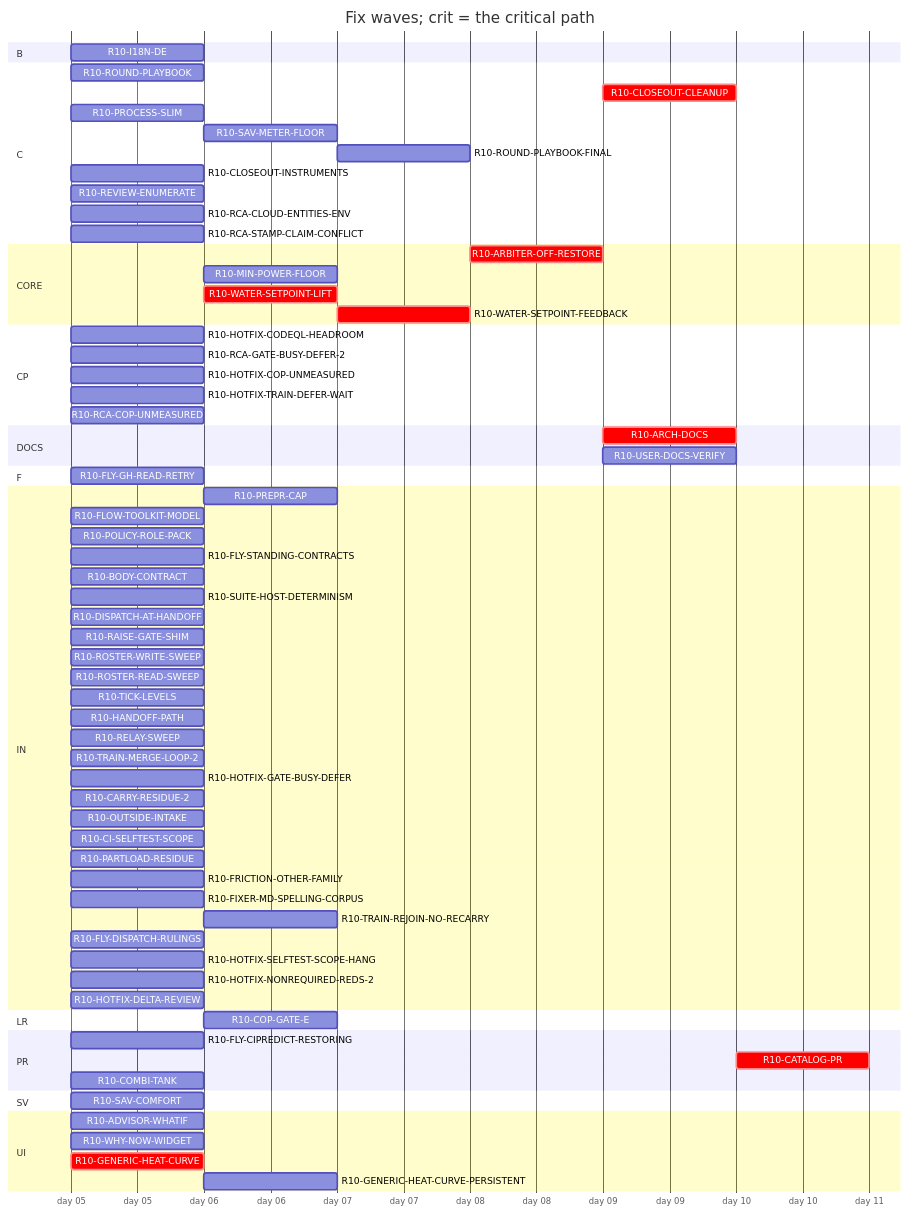
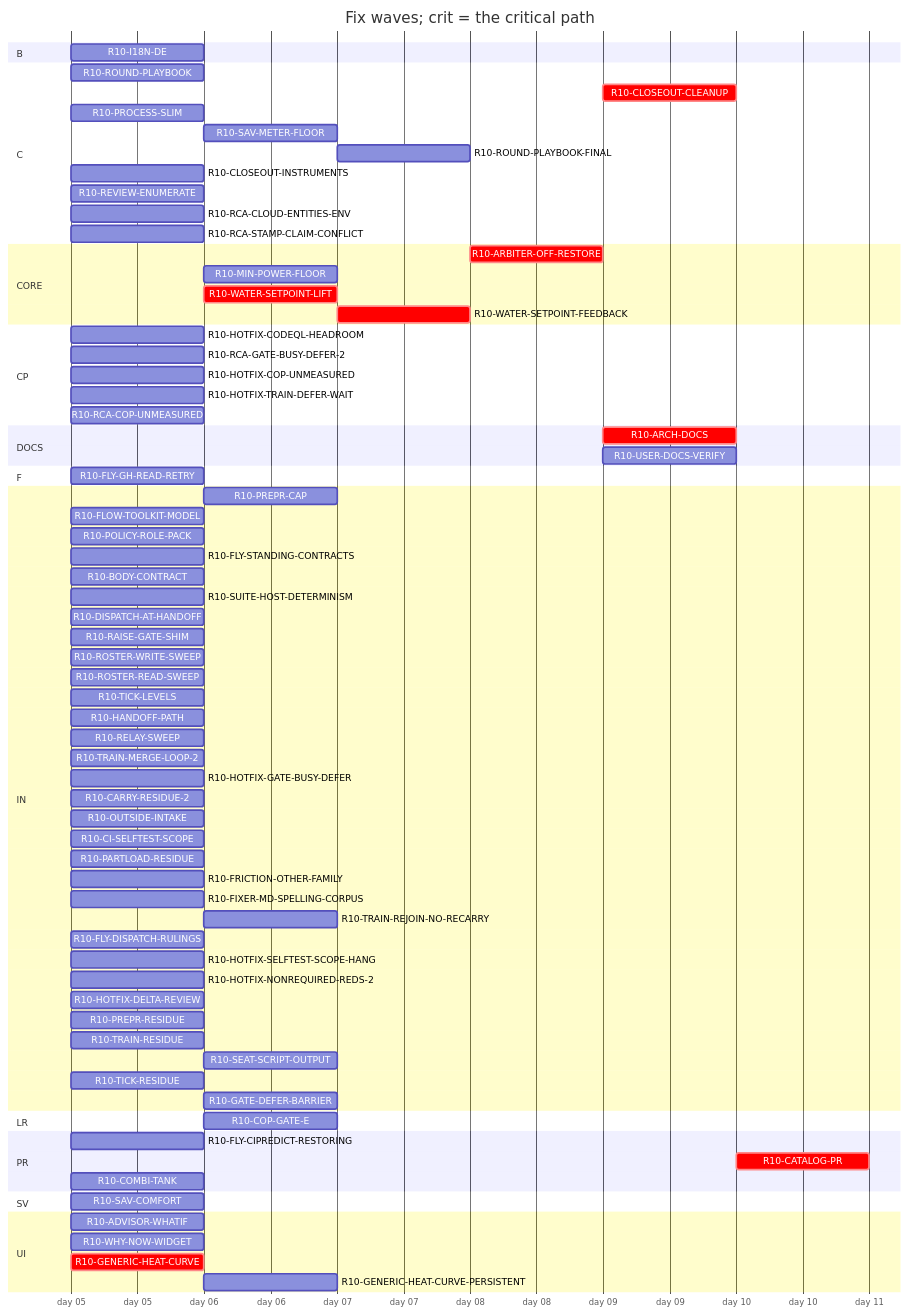
The diagram in handoff/round10/state/PLAN-TABLE.md (tvofi/heatpump_optimizer), drawn with Mermaid before and after one commit. The commit also changed other lines of this file and 3 other files, not shown here.

Commit message:
state: FLOW-BOARD.md, NEXT-SESSION-PROMPT.md, PLAN-TABLE.md, RESUME-CURRENT.md regenerated (state_docs.py)

````diff
--- a/handoff/round10/state/PLAN-TABLE.md
+++ b/handoff/round10/state/PLAN-TABLE.md
@@ -24,74 +24,79 @@
 ```mermaid
 gantt
   title Fix waves; crit = the critical path
   dateFormat YYYY-MM-DD
   axisFormat day %d
   section B
     R10-I18N-DE :r10I18NDE, 2026-01-05, 1d
   section C
     R10-ROUND-PLAYBOOK :r10ROUNDPLAYBOOK, 2026-01-05, 1d
     R10-CLOSEOUT-CLEANUP :crit, r10CLOSEOUTCLEANUP, after r10ARCHDOCS r10USERDOCSVERIFY r10ROUNDPLAYBOOKFINAL r10CLOSEOUTINSTRUMENTS r10RCAGATEBUSYDEFER2 r10RCACOPUNMEASURED r10FRICTIONOTHERFAMILY, 1d
     R10-PROCESS-SLIM :r10PROCESSSLIM, 2026-01-05, 1d
     R10-SAV-METER-FLOOR :r10SAVMETERFLOOR, after r10SAVCOMFORT, 1d
     R10-ROUND-PLAYBOOK-FINAL :r10ROUNDPLAYBOOKFINAL, after r10PREPRCAP r10HANDOFFPATH r10RELAYSWEEP r10DISPATCHATHANDOFF r10BODYCONTRACT r10TICKLEVELS r10ROSTERWRITESWEEP r10ROSTERREADSWEEP r10FLYSTANDINGCONTRACTS r10POLICYROLEPACK r10FLOWTOOLKITMODEL r10FLYCIPREDICTRESTORING r10RAISEGATESHIM r10FLYGHREADRETRY r10SUITEHOSTDETERMINISM r10ROUNDPLAYBOOK r10PROCESSSLIM r10TRAINMERGELOOP2 r10CARRYRESIDUE2 r10HOTFIXCODEQLHEADROOM r10OUTSIDEINTAKE r10HOTFIXTRAINDEFERWAIT r10CISELFTESTSCOPE r10CLOSEOUTINSTRUMENTS r10FRICTIONOTHERFAMILY r10FIXERMDSPELLINGCORPUS, 1d
     R10-CLOSEOUT-INSTRUMENTS :r10CLOSEOUTINSTRUMENTS, 2026-01-05, 1d
     R10-REVIEW-ENUMERATE :r10REVIEWENUMERATE, 2026-01-05, 1d
     R10-RCA-CLOUD-ENTITIES-ENV :r10RCACLOUDENTITIESENV, 2026-01-05, 1d
     R10-RCA-STAMP-CLAIM-CONFLICT :r10RCASTAMPCLAIMCONFLICT, 2026-01-05, 1d
   section CORE
     R10-ARBITER-OFF-RESTORE :crit, r10ARBITEROFFRESTORE, after r10GENERICHEATCURVE r10GENERICHEATCURVEPERSISTENT r10WATERSETPOINTLIFT r10WATERSETPOINTFEEDBACK, 1d
     R10-MIN-POWER-FLOOR :r10MINPOWERFLOOR, after r10HOTFIXCOPUNMEASURED r10GENERICHEATCURVE, 1d
     R10-WATER-SETPOINT-LIFT :crit, r10WATERSETPOINTLIFT, after r10GENERICHEATCURVE, 1d
     R10-WATER-SETPOINT-FEEDBACK :crit, r10WATERSETPOINTFEEDBACK, after r10WATERSETPOINTLIFT, 1d
   section CP
     R10-HOTFIX-CODEQL-HEADROOM :r10HOTFIXCODEQLHEADROOM, 2026-01-05, 1d
     R10-RCA-GATE-BUSY-DEFER-2 :r10RCAGATEBUSYDEFER2, 2026-01-05, 1d
     R10-HOTFIX-COP-UNMEASURED :r10HOTFIXCOPUNMEASURED, 2026-01-05, 1d
     R10-HOTFIX-TRAIN-DEFER-WAIT :r10HOTFIXTRAINDEFERWAIT, 2026-01-05, 1d
     R10-RCA-COP-UNMEASURED :r10RCACOPUNMEASURED, 2026-01-05, 1d
   section DOCS
     R10-ARCH-DOCS :crit, r10ARCHDOCS, after r10SAVCOMFORT r10WHYNOWWIDGET r10ADVISORWHATIF r10PREPRCAP r10HANDOFFPATH r10RELAYSWEEP r10DISPATCHATHANDOFF r10BODYCONTRACT r10TICKLEVELS r10ROSTERWRITESWEEP r10ROSTERREADSWEEP r10FLYSTANDINGCONTRACTS r10POLICYROLEPACK r10FLOWTOOLKITMODEL r10FLYCIPREDICTRESTORING r10RAISEGATESHIM r10FLYGHREADRETRY r10SUITEHOSTDETERMINISM r10PROCESSSLIM r10SAVMETERFLOOR r10HOTFIXCOPUNMEASURED r10COPGATEE r10PARTLOADRESIDUE r10I18NDE r10GENERICHEATCURVE r10GENERICHEATCURVEPERSISTENT r10ARBITEROFFRESTORE r10TRAINMERGELOOP2 r10CARRYRESIDUE2 r10HOTFIXCODEQLHEADROOM r10OUTSIDEINTAKE r10HOTFIXTRAINDEFERWAIT r10CISELFTESTSCOPE r10COMBITANK r10CLOSEOUTINSTRUMENTS r10MINPOWERFLOOR r10ROUNDPLAYBOOK r10RCAGATEBUSYDEFER2 r10FRICTIONOTHERFAMILY r10RCACOPUNMEASURED, 1d
     R10-USER-DOCS-VERIFY :r10USERDOCSVERIFY, after r10SAVCOMFORT r10WHYNOWWIDGET r10ADVISORWHATIF r10SAVMETERFLOOR r10HOTFIXCOPUNMEASURED r10COPGATEE r10PARTLOADRESIDUE r10I18NDE r10GENERICHEATCURVE r10GENERICHEATCURVEPERSISTENT r10ARBITEROFFRESTORE r10COMBITANK r10MINPOWERFLOOR, 1d
   section F
     R10-FLY-GH-READ-RETRY :r10FLYGHREADRETRY, 2026-01-05, 1d
   section IN
     R10-PREPR-CAP :r10PREPRCAP, after r10PROCESSSLIM, 1d
     R10-FLOW-TOOLKIT-MODEL :r10FLOWTOOLKITMODEL, 2026-01-05, 1d
     R10-POLICY-ROLE-PACK :r10POLICYROLEPACK, 2026-01-05, 1d
     R10-FLY-STANDING-CONTRACTS :r10FLYSTANDINGCONTRACTS, 2026-01-05, 1d
     R10-BODY-CONTRACT :r10BODYCONTRACT, 2026-01-05, 1d
     R10-SUITE-HOST-DETERMINISM :r10SUITEHOSTDETERMINISM, 2026-01-05, 1d
     R10-DISPATCH-AT-HANDOFF :r10DISPATCHATHANDOFF, 2026-01-05, 1d
     R10-RAISE-GATE-SHIM :r10RAISEGATESHIM, 2026-01-05, 1d
     R10-ROSTER-WRITE-SWEEP :r10ROSTERWRITESWEEP, 2026-01-05, 1d
     R10-ROSTER-READ-SWEEP :r10ROSTERREADSWEEP, 2026-01-05, 1d
     R10-TICK-LEVELS :r10TICKLEVELS, 2026-01-05, 1d
     R10-HANDOFF-PATH :r10HANDOFFPATH, 2026-01-05, 1d
     R10-RELAY-SWEEP :r10RELAYSWEEP, 2026-01-05, 1d
     R10-TRAIN-MERGE-LOOP-2 :r10TRAINMERGELOOP2, 2026-01-05, 1d
     R10-HOTFIX-GATE-BUSY-DEFER :r10HOTFIXGATEBUSYDEFER, 2026-01-05, 1d
     R10-CARRY-RESIDUE-2 :r10CARRYRESIDUE2, 2026-01-05, 1d
     R10-OUTSIDE-INTAKE :r10OUTSIDEINTAKE, 2026-01-05, 1d
     R10-CI-SELFTEST-SCOPE :r10CISELFTESTSCOPE, 2026-01-05, 1d
     R10-PARTLOAD-RESIDUE :r10PARTLOADRESIDUE, 2026-01-05, 1d
     R10-FRICTION-OTHER-FAMILY :r10FRICTIONOTHERFAMILY, 2026-01-05, 1d
     R10-FIXER-MD-SPELLING-CORPUS :r10FIXERMDSPELLINGCORPUS, 2026-01-05, 1d
     R10-TRAIN-REJOIN-NO-RECARRY :r10TRAINREJOINNORECARRY, after r10HOTFIXTRAINDEFERWAIT r10TRAINMERGELOOP2, 1d
     R10-FLY-DISPATCH-RULINGS :r10FLYDISPATCHRULINGS, 2026-01-05, 1d
     R10-HOTFIX-SELFTEST-SCOPE-HANG :r10HOTFIXSELFTESTSCOPEHANG, 2026-01-05, 1d
     R10-HOTFIX-NONREQUIRED-REDS-2 :r10HOTFIXNONREQUIREDREDS2, 2026-01-05, 1d
     R10-HOTFIX-DELTA-REVIEW :r10HOTFIXDELTAREVIEW, 2026-01-05, 1d
+    R10-PREPR-RESIDUE :r10PREPRRESIDUE, 2026-01-05, 1d
+    R10-TRAIN-RESIDUE :r10TRAINRESIDUE, 2026-01-05, 1d
+    R10-SEAT-SCRIPT-OUTPUT :r10SEATSCRIPTOUTPUT, after r10TRAINRESIDUE, 1d
+    R10-TICK-RESIDUE :r10TICKRESIDUE, 2026-01-05, 1d
+    R10-GATE-DEFER-BARRIER :r10GATEDEFERBARRIER, after r10TRAINRESIDUE r10TICKRESIDUE, 1d
   section LR
     R10-COP-GATE-E :r10COPGATEE, after r10HOTFIXCOPUNMEASURED, 1d
   section PR
     R10-FLY-CIPREDICT-RESTORING :r10FLYCIPREDICTRESTORING, 2026-01-05, 1d
     R10-CATALOG-PR :crit, r10CATALOGPR, after r10USERDOCSVERIFY r10ARCHDOCS r10ROUNDPLAYBOOKFINAL r10CLOSEOUTCLEANUP, 1d
     R10-COMBI-TANK :r10COMBITANK, 2026-01-05, 1d
   section SV
     R10-SAV-COMFORT :r10SAVCOMFORT, 2026-01-05, 1d
   section UI
     R10-ADVISOR-WHATIF :r10ADVISORWHATIF, 2026-01-05, 1d
     R10-WHY-NOW-WIDGET :r10WHYNOWWIDGET, 2026-01-05, 1d
     R10-GENERIC-HEAT-CURVE :crit, r10GENERICHEATCURVE, 2026-01-05, 1d
     R10-GENERIC-HEAT-CURVE-PERSISTENT :r10GENERICHEATCURVEPERSISTENT, after r10GENERICHEATCURVE, 1d
 ```
````
